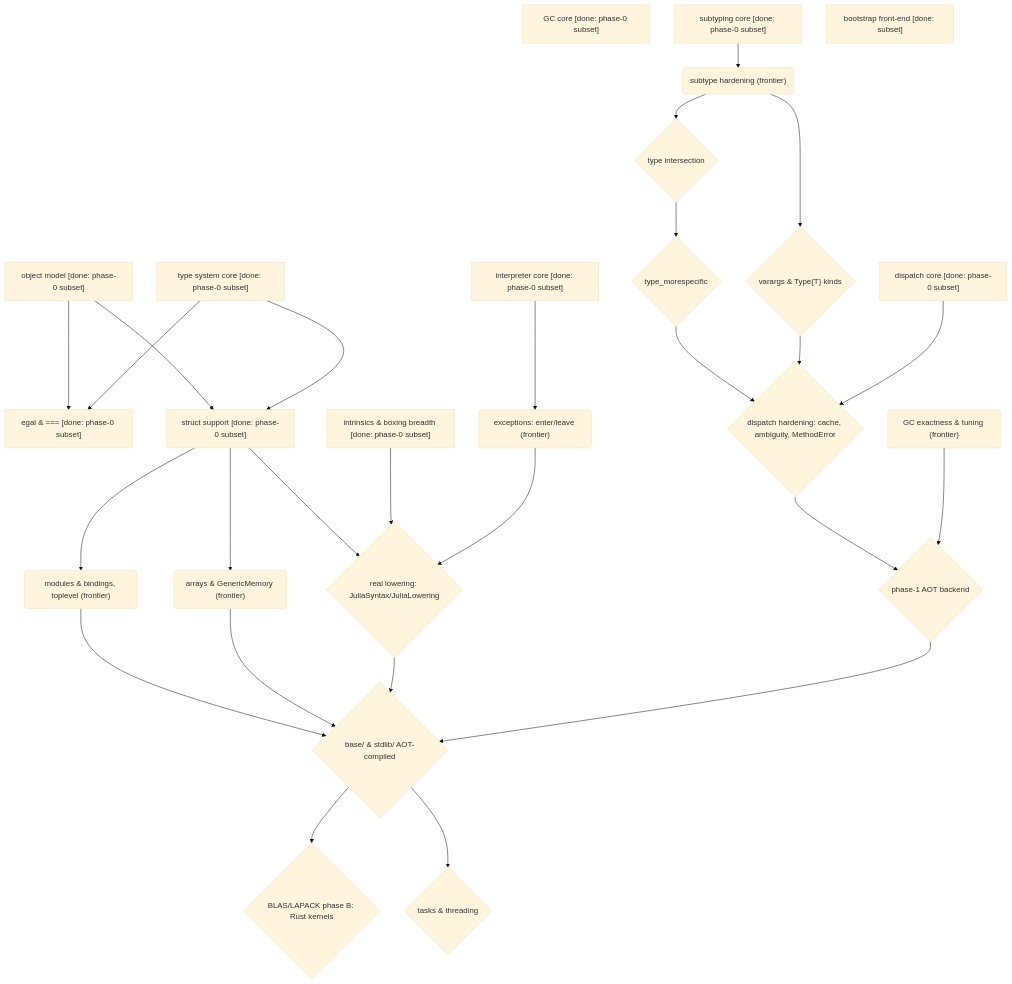
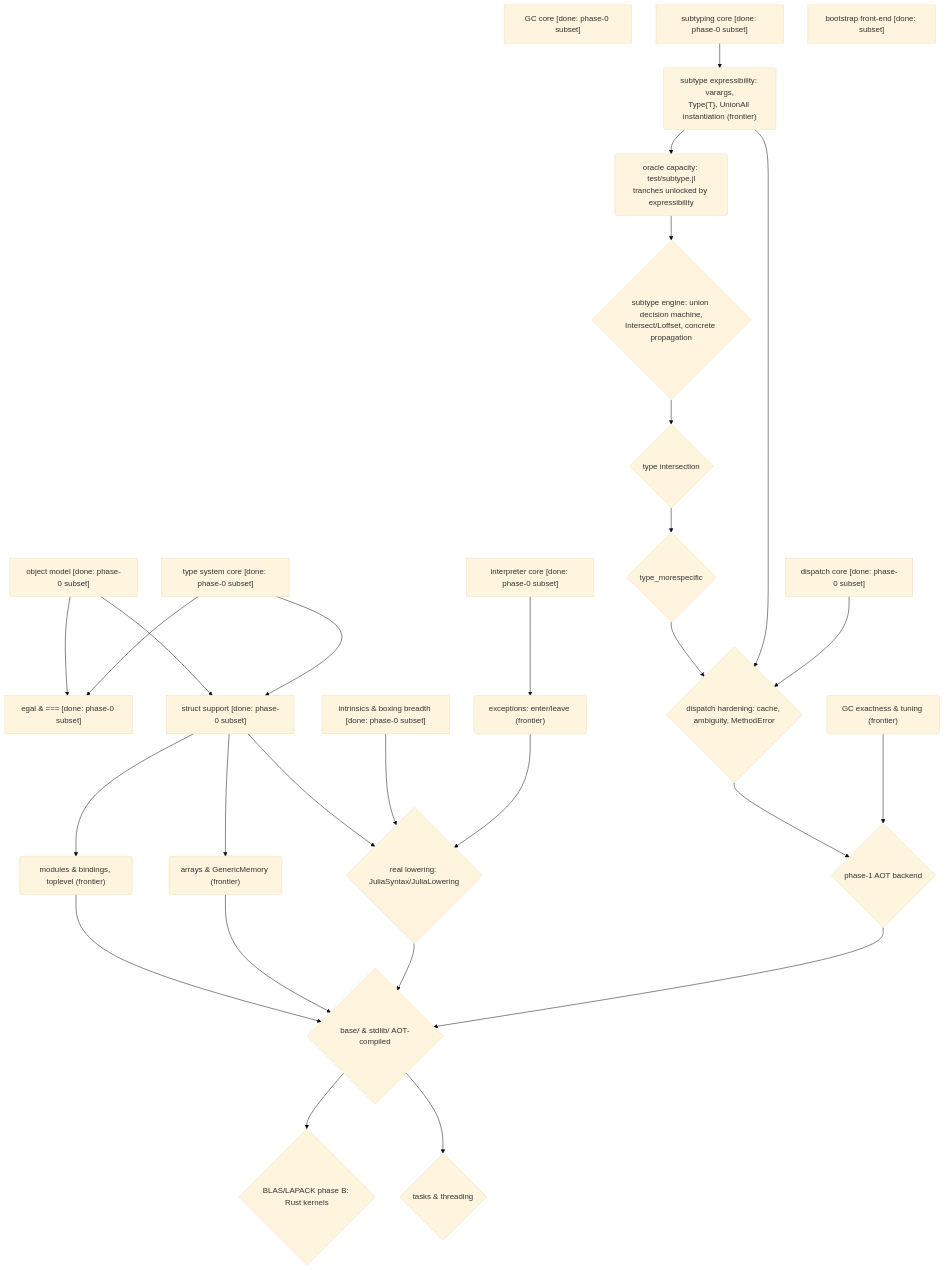
The diagram in design/strategy.md (andy-emerson/Ruju), drawn with Mermaid (base theme) before and after one commit. The commit also changed other lines of this file, not shown here.

Commit message:
design: Split subtype hardening into expressibility and engine slices
The engine rewrite (union decision machine, Intersect/Loffset, concrete
propagation) verified against today's 53 oracle cases would be unverified
exactly where engines go wrong — findings 10-13 sat in oracle-blind zones
and the first expansion immediately caught a fourth bug. The constructs
blocking oracle growth (varargs, Type{T}, UnionAll instantiation) are
themselves hardening line items, so the item has an internal order that
dissolves the timing tension: expressibility slices first, each unlocking
a test/subtype.jl tranche; the engine last, measured by the instrument the
slices built. The DAG gains an explicit oracle-capacity node between them,
and the cadence interleaves slices between frontier items so vocabulary
and engine grow together with no retrofit cliff.

````diff
--- a/design/strategy.md
+++ b/design/strategy.md
@@ -86,55 +86,57 @@
 ```mermaid
 flowchart TD
     OBJ["object model [done: phase-0 subset]"]
     GC0["GC core [done: phase-0 subset]"]
     TYPES["type system core [done: phase-0 subset]"]
     SUB0["subtyping core [done: phase-0 subset]"]
     DISP0["dispatch core [done: phase-0 subset]"]
     INTERP0["interpreter core [done: phase-0 subset]"]
     FE0["bootstrap front-end [done: subset]"]
 
     EGAL["egal & === [done: phase-0 subset]"]
     STRUCTS["struct support [done: phase-0 subset]"]
     INTRIN["intrinsics & boxing breadth [done: phase-0 subset]"]
     GCX("GC exactness & tuning (frontier)")
-    SUBX("subtype hardening (frontier)")
+    SUBXE("subtype expressibility: varargs,<br/>Type{T}, UnionAll instantiation (frontier)")
     EXC("exceptions: enter/leave (frontier)")
 
+    ORACLE("oracle capacity: test/subtype.jl<br/>tranches unlocked by expressibility")
+    SUBXM{"subtype engine: union decision machine,<br/>Intersect/Loffset, concrete propagation"}
     ISECT{"type intersection"}
     MORESPEC{"type_morespecific"}
-    VARARG{"varargs & Type{T} kinds"}
     DISPX{"dispatch hardening: cache, ambiguity, MethodError"}
     ARRAYS("arrays & GenericMemory (frontier)")
     MODULES("modules & bindings, toplevel (frontier)")
     LOWER{"real lowering: JuliaSyntax/JuliaLowering"}
     AOT{"phase-1 AOT backend"}
     BASE{"base/ & stdlib/ AOT-compiled"}
     BLAS{"BLAS/LAPACK phase B: Rust kernels"}
     TASKS{"tasks & threading"}
 
     OBJ --> STRUCTS
     TYPES --> STRUCTS
     OBJ --> EGAL
     TYPES --> EGAL
-    SUB0 --> SUBX
-    SUBX --> ISECT
-    SUBX --> VARARG
+    SUB0 --> SUBXE
+    SUBXE --> ORACLE
+    ORACLE --> SUBXM
+    SUBXM --> ISECT
     ISECT --> MORESPEC
     MORESPEC --> DISPX
-    VARARG --> DISPX
+    SUBXE --> DISPX
     DISP0 --> DISPX
     STRUCTS --> ARRAYS
     STRUCTS --> MODULES
     INTERP0 --> EXC
     STRUCTS --> LOWER
     INTRIN --> LOWER
     EXC --> LOWER
     MODULES --> BASE
     ARRAYS --> BASE
     LOWER --> BASE
     AOT --> BASE
     DISPX --> AOT
     GCX --> AOT
     BASE --> BLAS
     BASE --> TASKS
 ```
````
